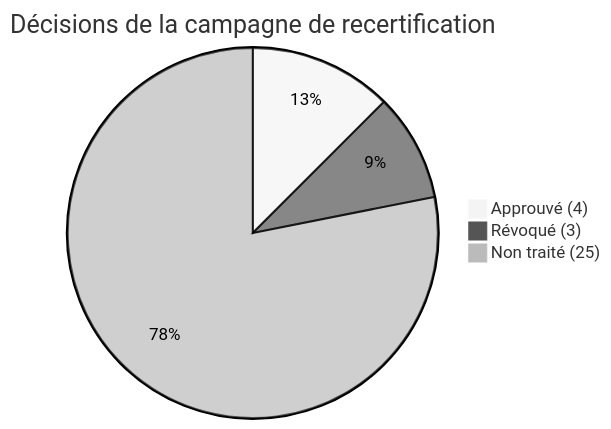
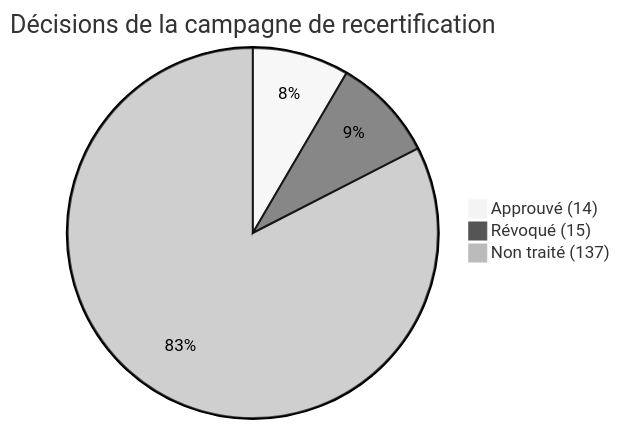
Before and after one commit to Anne-LaureS/IAM-Governance-Roadmap: the second of 2 diagrams in README.md, drawn with Mermaid (neutral theme). The commit also changed other lines of this file, not shown here.

````diff
--- a/README.md
+++ b/README.md
@@ -106,6 +118,6 @@
 ```mermaid
 pie title Décisions de la campagne de recertification
-    "Approuvé (4)" : 4
-    "Révoqué (3)" : 3
-    "Non traité (25)" : 25
+    "Approuvé (14)" : 14
+    "Révoqué (15)" : 15
+    "Non traité (137)" : 137
 ```
````
